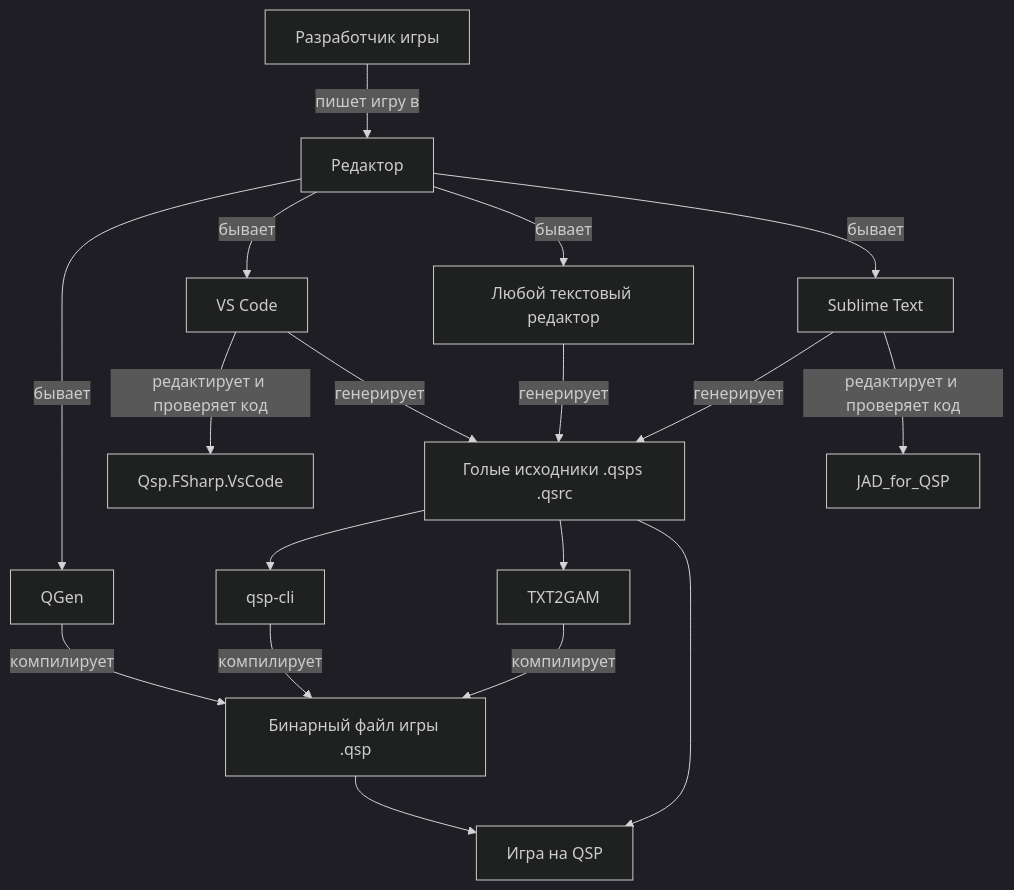
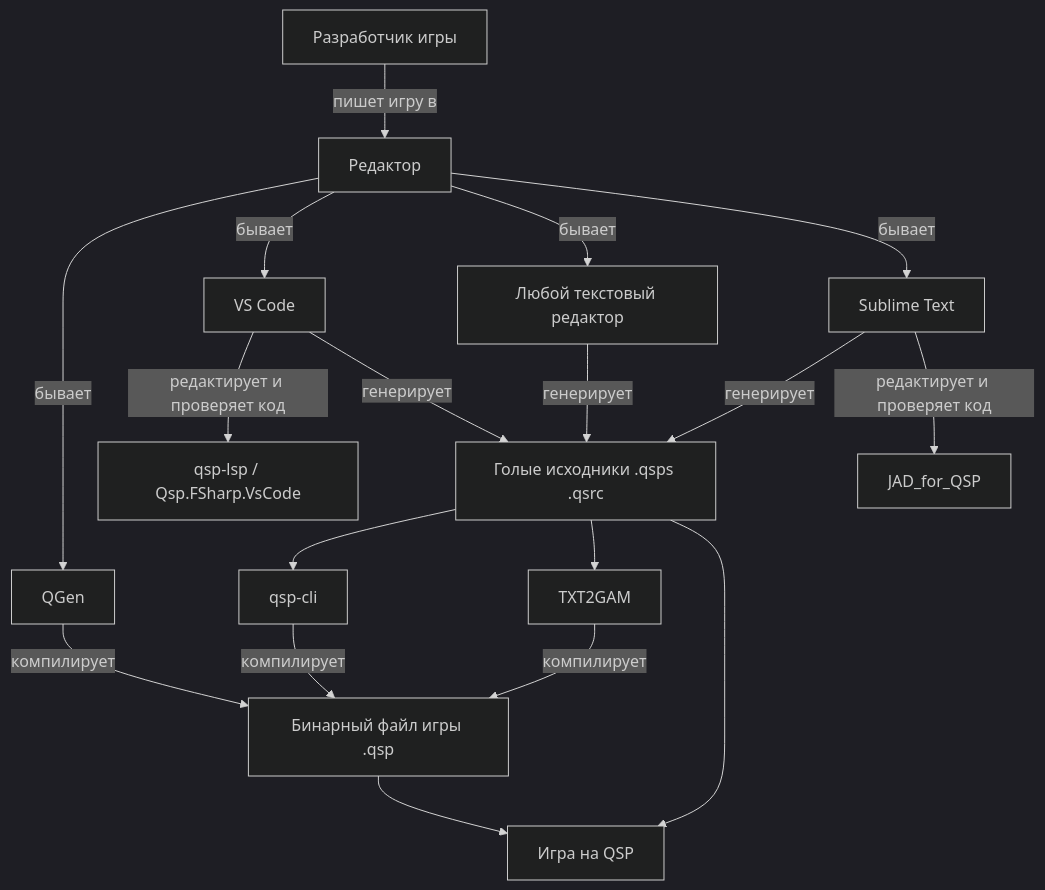
Before and after one commit to QSPFoundation/qspfoundation.github.io: the first of 3 diagrams in docs/all-together.md, drawn with Mermaid (dark theme). The commit also changed other lines of this file and 5 other files, not shown here.

Commit message:
fix(docs): add qsp-lsp extension for vs code

````diff
--- a/docs/all-together.md
+++ b/docs/all-together.md
@@ -7,27 +7,27 @@
 ```mermaid
 graph TD
   GameDev[Разработчик игры] --> |пишет игру в| Редактор
 
   Редактор --> |бывает| QGen[QGen]
   QGen --> |компилирует| БинарныйФайл[Бинарный файл игры .qsp]
 
   Редактор --> |бывает| VSCode[VS Code]
-  VSCode --> |редактирует и проверяет код| Qsp.FSharp.VsCode[Qsp.FSharp.VsCode]
+  VSCode --> |редактирует и проверяет код| Qsp.FSharp.VsCode[qsp-lsp / Qsp.FSharp.VsCode]
 
   VSCode --> |генерирует| ГолыеИсходники
 
   Редактор --> |бывает| ЛюбойТекстовыйРедактор[Любой текстовый редактор]
   ЛюбойТекстовыйРедактор --> |генерирует| ГолыеИсходники[Голые исходники .qsps .qsrc]
 
   Редактор --> |бывает| Sublime[Sublime Text]
   Sublime --> |генерирует| ГолыеИсходники
   Sublime --> |редактирует и проверяет код| JAD_for_QSP[JAD_for_QSP]
 
   ГолыеИсходники --> QSP_CLI[qsp-cli]
   QSP_CLI --> |компилирует| БинарныйФайл
   ГолыеИсходники --> TXT2GAM[TXT2GAM]
   TXT2GAM --> |компилирует| БинарныйФайл
 
   ГолыеИсходники --> ИграНаQsp[Игра на QSP]
   БинарныйФайл --> ИграНаQsp
 ```
````
